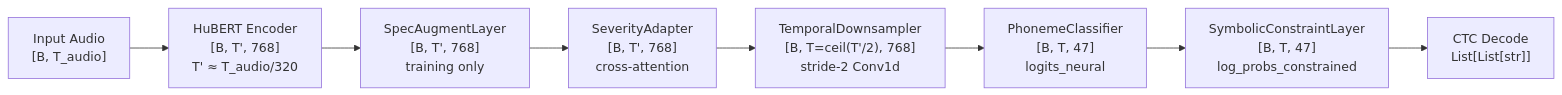
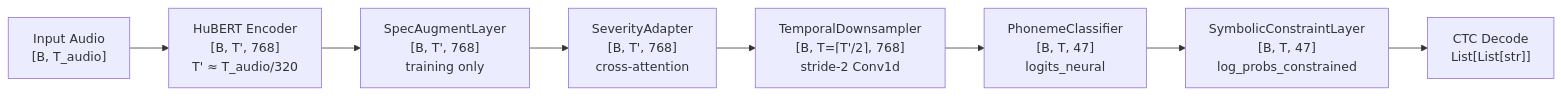
Before and after one commit to Nidszxh/DysarthriaNSR: the diagram in docs/architecture.md, drawn with Mermaid. The commit also changed other lines of this file and 9 other files, not shown here.

Commit message:
Docs: refresh architecture, experiments, evaluation, and training docs; update README and .gitignore

````diff
--- a/docs/architecture.md
+++ b/docs/architecture.md
@@ -8,10 +9,10 @@
 ```mermaid
 graph LR
     A["Input Audio\n[B, T_audio]"] --> B["HuBERT Encoder\n[B, T', 768]\nT' ≈ T_audio/320"]
     B --> C["SpecAugmentLayer\n[B, T', 768]\ntraining only"]
     C --> D["SeverityAdapter\n[B, T', 768]\ncross-attention"]
-    D --> E["TemporalDownsampler\n[B, T=ceil(T'/2), 768]\nstride-2 Conv1d"]
+    D --> E["TemporalDownsampler\n[B, T=⌈T'/2⌉, 768]\nstride-2 Conv1d"]
     E --> F["PhonemeClassifier\n[B, T, 47]\nlogits_neural"]
     F --> G["SymbolicConstraintLayer\n[B, T, 47]\nlog_probs_constrained"]
     G --> H["CTC Decode\nList[List[str]]"]
 ```
````
